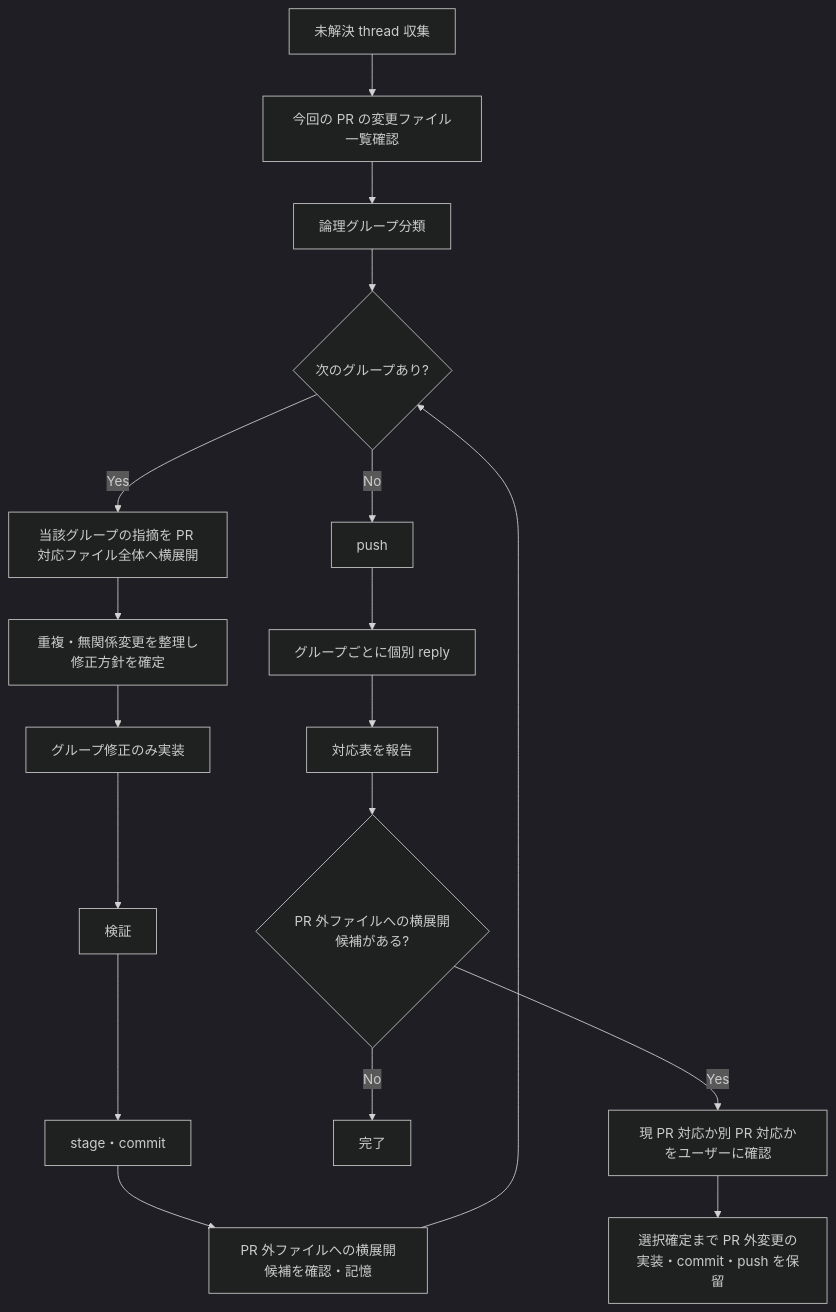
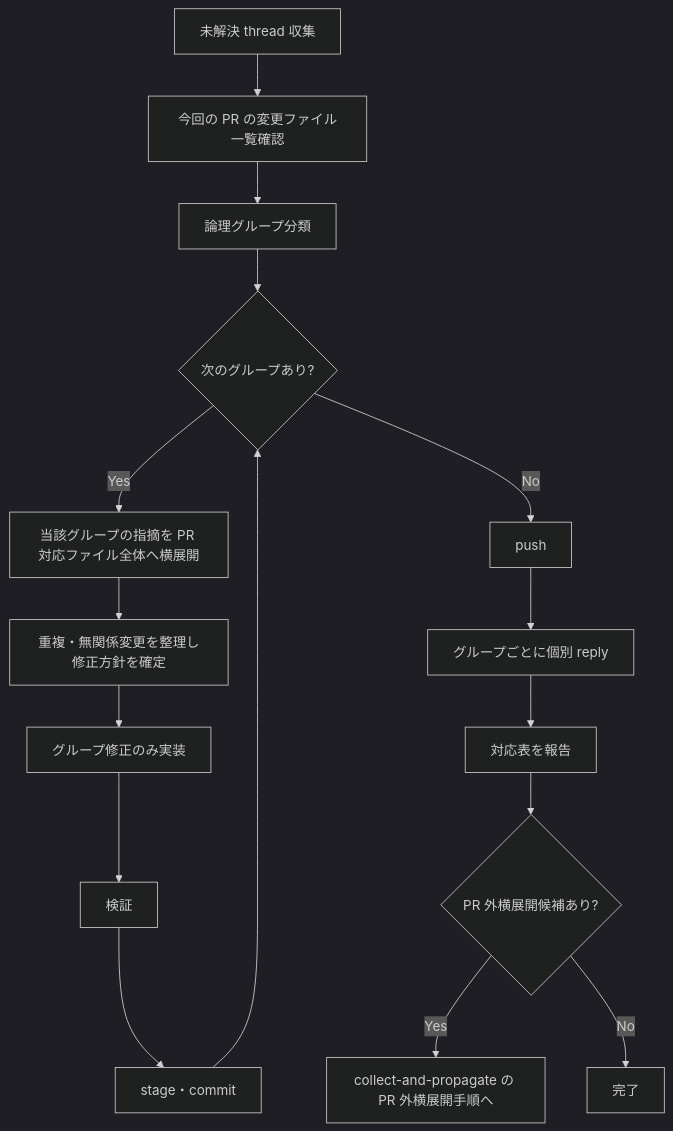
Before and after one commit to melumuccu/ai: the diagram in .agents/skills/#kf-global-commands/kf-g-command-do-pr-rev-comment/references/group-commit-reply-sequence.md, drawn with Mermaid (dark theme). The commit also changed other lines of this file and 4 other files, not shown here.

````diff
--- a/.agents/skills/#kf-global-commands/kf-g-command-do-pr-rev-comment/references/group-commit-reply-sequence.md
+++ b/.agents/skills/#kf-global-commands/kf-g-command-do-pr-rev-comment/references/group-commit-reply-sequence.md
@@ -5,20 +21,18 @@
 ```mermaid
 flowchart TD
   A[未解決 thread 収集] --> B[今回の PR の変更ファイル一覧確認]
   B --> C[論理グループ分類]
   C --> D{次のグループあり?}
   D -->|Yes| E[当該グループの指摘を PR 対応ファイル全体へ横展開]
   E --> F[重複・無関係変更を整理し修正方針を確定]
   F --> G[グループ修正のみ実装]
   G --> H[検証]
   H --> I[stage・commit]
-  I --> Z[PR 外ファイルへの横展開候補を確認・記憶]
-  Z --> D
+  I --> D
   D -->|No| J[push]
   J --> K[グループごとに個別 reply]
   K --> L[対応表を報告]
-  L --> N{PR 外ファイルへの横展開候補がある?}
-  N -->|No| O[完了]
-  N -->|Yes| P[現 PR 対応か別 PR 対応かをユーザーに確認]
-  P --> Q[選択確定まで PR 外変更の実装・commit・push を保留]
+  L --> M{PR 外横展開候補あり?}
+  M -->|Yes| N[collect-and-propagate の PR 外横展開手順へ]
+  M -->|No| O[完了]
 ```
````
